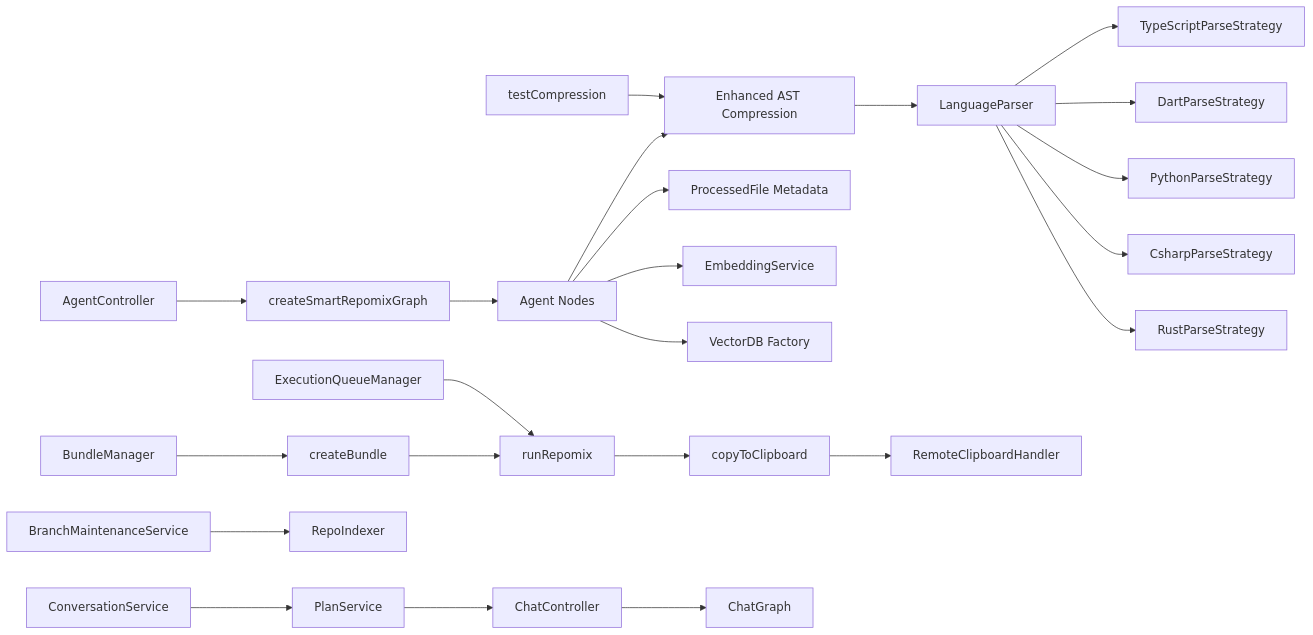
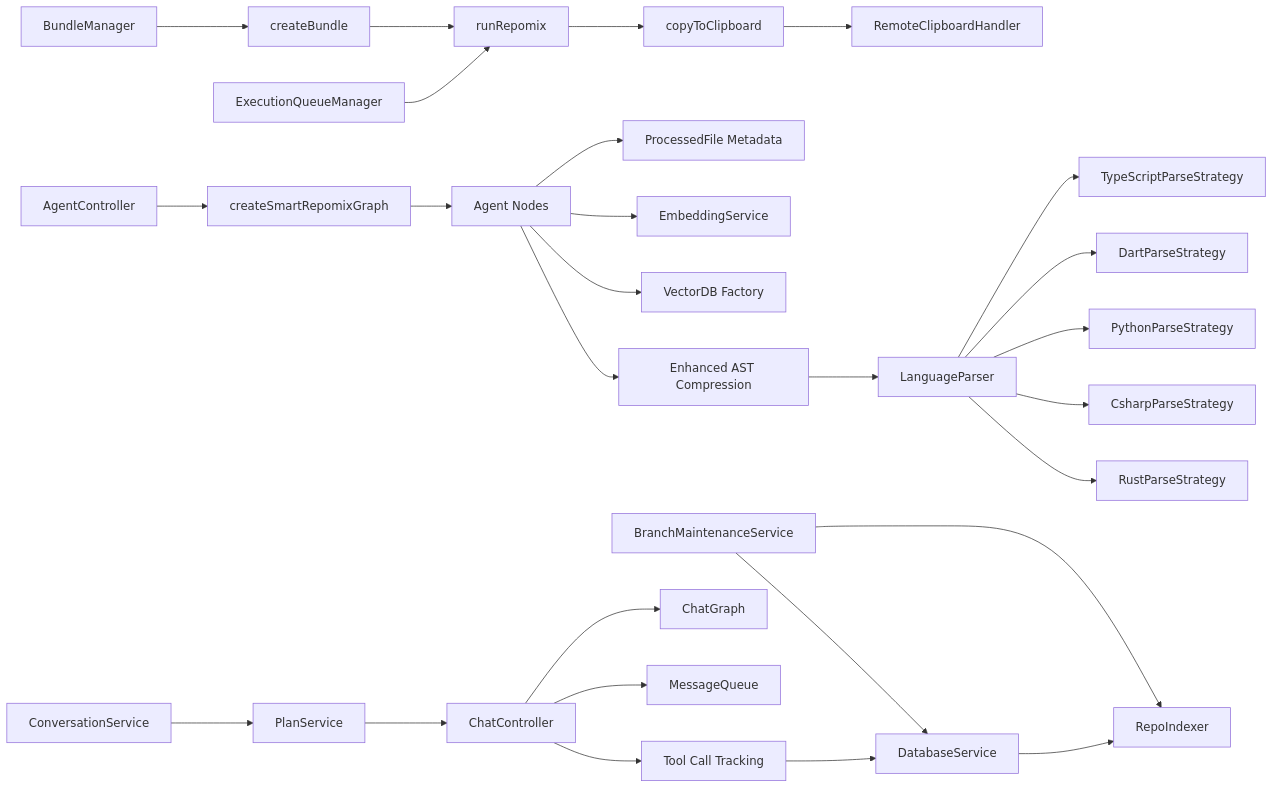
The ninth of 9 diagrams in .qoder/repowiki/en/content/Core Features/Core Features.md (bramburn/repomix-runner), drawn with Mermaid before and after one commit. The commit also changed other lines of this file and 27 other files, not shown here.

````diff
--- a/.qoder/repowiki/en/content/Core Features/Core Features.md
+++ b/.qoder/repowiki/en/content/Core Features/Core Features.md
@@ -715,25 +729,29 @@
 ```mermaid
 graph LR
 BM["BundleManager"] --> CB["createBundle"]
 CB --> RR["runRepomix"]
 RR --> CT["copyToClipboard"]
 AC["AgentController"] --> GR["createSmartRepomixGraph"]
 GR --> ND["Agent Nodes"]
 ND --> PF["ProcessedFile Metadata"]
 ND --> EMB["EmbeddingService"]
 ND --> VDF["VectorDB Factory"]
 ND --> COMP["Enhanced AST Compression"]
+CT --> RCH["RemoteClipboardHandler"]
+EQM["ExecutionQueueManager"] --> RR
+BMS["BranchMaintenanceService"] --> RI["RepoIndexer"]
+BMS --> DB["DatabaseService"]
+DB --> RI
+CS["ConversationService"] --> PC["PlanService"]
+PC --> CC["ChatController"]
+CC --> CG["ChatGraph"]
+CC --> MQ["MessageQueue"]
+CC --> TC["Tool Call Tracking"]
+TC --> DB
 COMP --> LP["LanguageParser"]
 LP --> TPS["TypeScriptParseStrategy"]
 LP --> DPS["DartParseStrategy"]
 LP --> PPS["PythonParseStrategy"]
 LP --> CSP["CsharpParseStrategy"]
 LP --> RPS["RustParseStrategy"]
-CT --> RCH["RemoteClipboardHandler"]
-EQM["ExecutionQueueManager"] --> RR
-BMS["BranchMaintenanceService"] --> RI["RepoIndexer"]
-CS["ConversationService"] --> PC["PlanService"]
-PC --> CC["ChatController"]
-CC --> CG["ChatGraph"]
-TC["testCompression"] --> COMP
 ```
````
